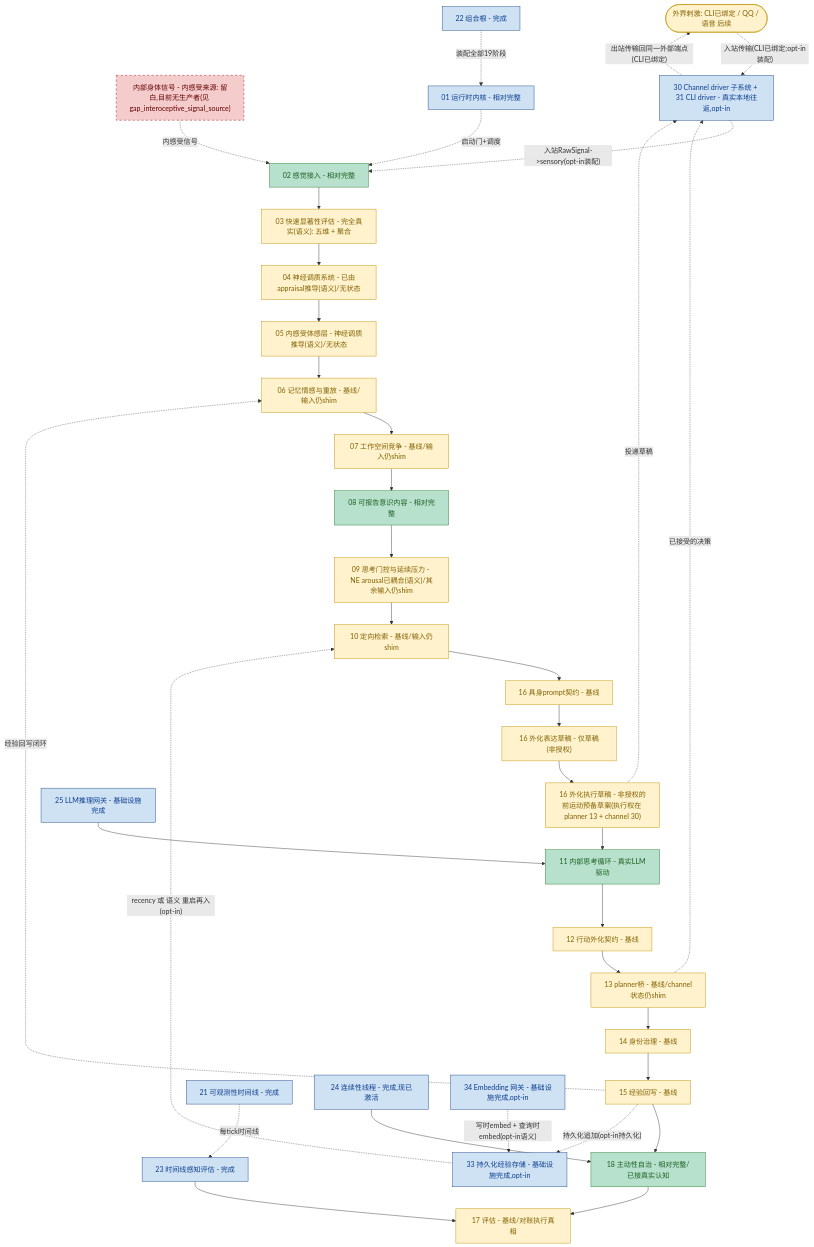
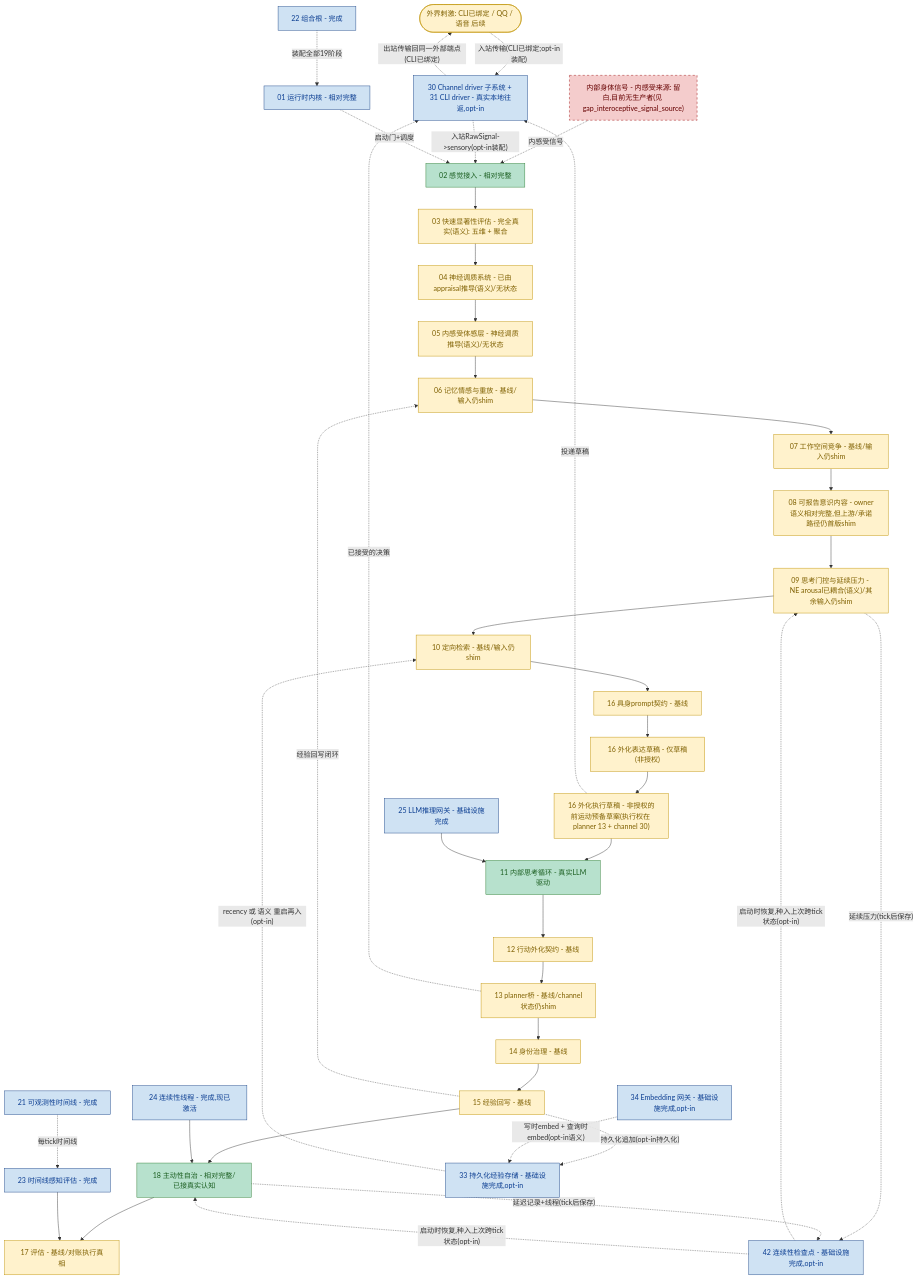
The diagram in helios_v2/docs/PROGRESS_FLOW.zh-CN.md (embalmer-Y/helios), drawn with Mermaid before and after one commit. The commit also changed other lines of this file and 21 other files, not shown here.

````diff
--- a/helios_v2/docs/PROGRESS_FLOW.zh-CN.md
+++ b/helios_v2/docs/PROGRESS_FLOW.zh-CN.md
@@ -30,60 +35,65 @@
 ```mermaid
 flowchart TD
     classDef deep fill:#b7e1cd,stroke:#2e7d32,color:#1b5e20
     classDef base fill:#fff2cc,stroke:#bf9000,color:#7f6000
     classDef infra fill:#cfe2f3,stroke:#1c4587,color:#0b3d91
     classDef gap fill:#f4cccc,stroke:#990000,color:#660000,stroke-dasharray: 5 5
 
     EXT([外界刺激: CLI已绑定 / QQ / 语音 后续]):::base
     BODY["内部身体信号 - 内感受来源: 留白,目前无生产者(见 gap_interoceptive_signal_source)"]:::gap
     S02[02 感觉接入 - 相对完整]:::deep
     S03["03 快速显著性评估 - 完全真实(语义): 五维 + 聚合"]:::base
     S04["04 神经调质系统 - 已由appraisal推导(语义)/无状态"]:::base
     S05["05 内感受体感层 - 神经调质推导(语义)/无状态"]:::base
     S06[06 记忆情感与重放 - 基线/输入仍shim]:::base
     S07[07 工作空间竞争 - 基线/输入仍shim]:::base
-    S08[08 可报告意识内容 - 相对完整]:::deep
+    S08["08 可报告意识内容 - owner语义相对完整,但上游/承诺路径仍首版shim"]:::base
     S09["09 思考门控与延续压力 - NE arousal已耦合(语义)/其余输入仍shim"]:::base
     S10[10 定向检索 - 基线/输入仍shim]:::base
     S16P[16 具身prompt契约 - 基线]:::base
     S16O["16 外化表达草稿 - 仅草稿(非授权)"]:::base
     S16E["16 外化执行草稿 - 非授权的前运动预备草案(执行权在 planner 13 + channel 30)"]:::base
     S11[11 内部思考循环 - 真实LLM驱动]:::deep
     S12[12 行动外化契约 - 基线]:::base
     S13[13 planner桥 - 基线/channel状态仍shim]:::base
     S14[14 身份治理 - 基线]:::base
     S15[15 经验回写 - 基线]:::base
     S18[18 主动性自治 - 相对完整/已接真实认知]:::deep
     S17[17 评估 - 基线/对账执行真相]:::base
     CH["30 Channel driver 子系统 + 31 CLI driver - 真实本地往返,opt-in"]:::infra
 
     S02 --> S03 --> S04 --> S05 --> S06 --> S07 --> S08 --> S09 --> S10
     S10 --> S16P --> S16O --> S16E --> S11
     S11 --> S12 --> S13 --> S14 --> S15 --> S18 --> S17
     EXT -. 入站传输(CLI已绑定;opt-in装配) .-> CH
     BODY -. 内感受信号 .-> S02
     S13 -. 已接受的决策 .-> CH
     S16E -. 投递草稿 .-> CH
     CH -. 入站RawSignal->sensory(opt-in装配) .-> S02
     CH -. 出站传输回同一外部端点(CLI已绑定) .-> EXT
     S15 -. 经验回写闭环 .-> S06
 
     LLM[25 LLM推理网关 - 基础设施完成]:::infra
     LLM --> S11
 
     K01[01 运行时内核 - 相对完整]:::infra
     OBS[21 可观测性时间线 - 完成]:::infra
     COMP[22 组合根 - 完成]:::infra
     EV23[23 时间线感知评估 - 完成]:::infra
     TH24[24 连续性线程 - 完成,现已激活]:::infra
     PER[33 持久化经验存储 - 基础设施完成,opt-in]:::infra
     EMB[34 Embedding 网关 - 基础设施完成,opt-in]:::infra
+    CKPT[42 连续性检查点 - 基础设施完成,opt-in]:::infra
     K01 -. 启动门+调度 .-> S02
     OBS -. 每tick时间线 .-> EV23
     EV23 --> S17
     TH24 --> S18
     COMP -. 装配全部19阶段 .-> K01
     S15 -. 持久化追加(opt-in持久化) .-> PER
     PER -. recency 或 语义 重启再入(opt-in) .-> S10
     EMB -. 写时embed + 查询时embed(opt-in语义) .-> PER
+    S09 -. 延续压力(tick后保存) .-> CKPT
+    S18 -. 延迟记录+线程(tick后保存) .-> CKPT
+    CKPT -. 启动时恢复,种入上次跨tick状态(opt-in) .-> S09
+    CKPT -. 启动时恢复,种入上次跨tick状态(opt-in) .-> S18
 ```
````
